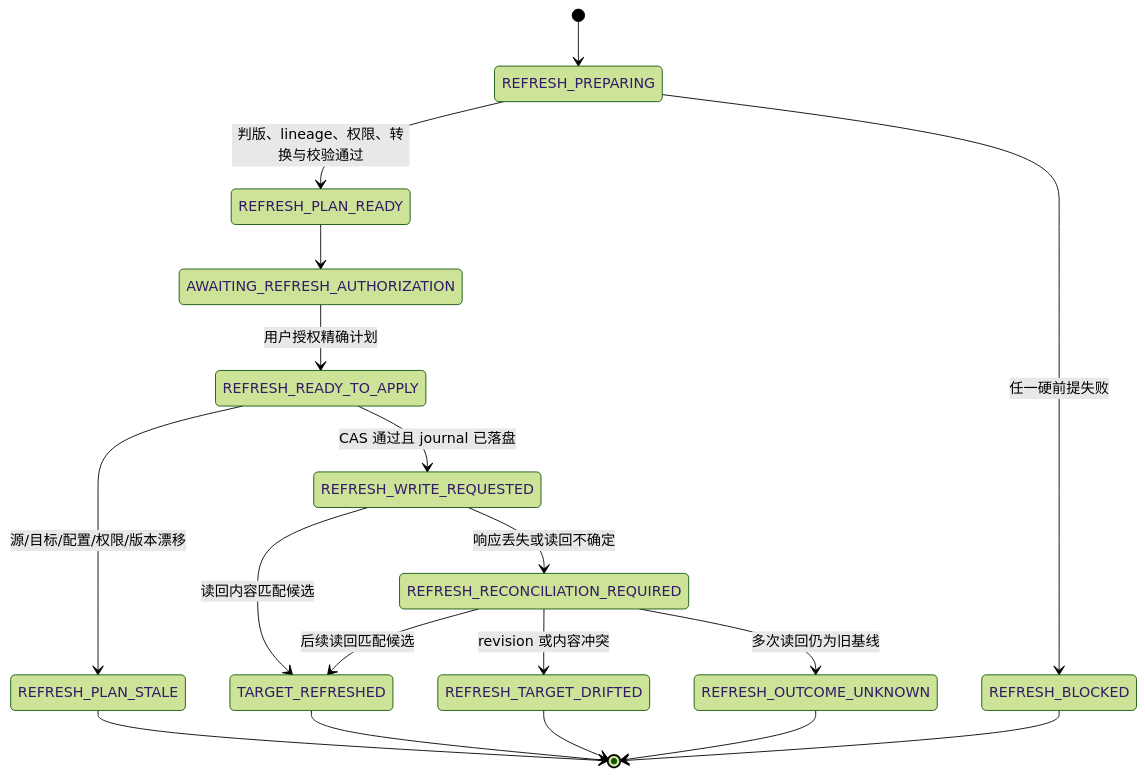
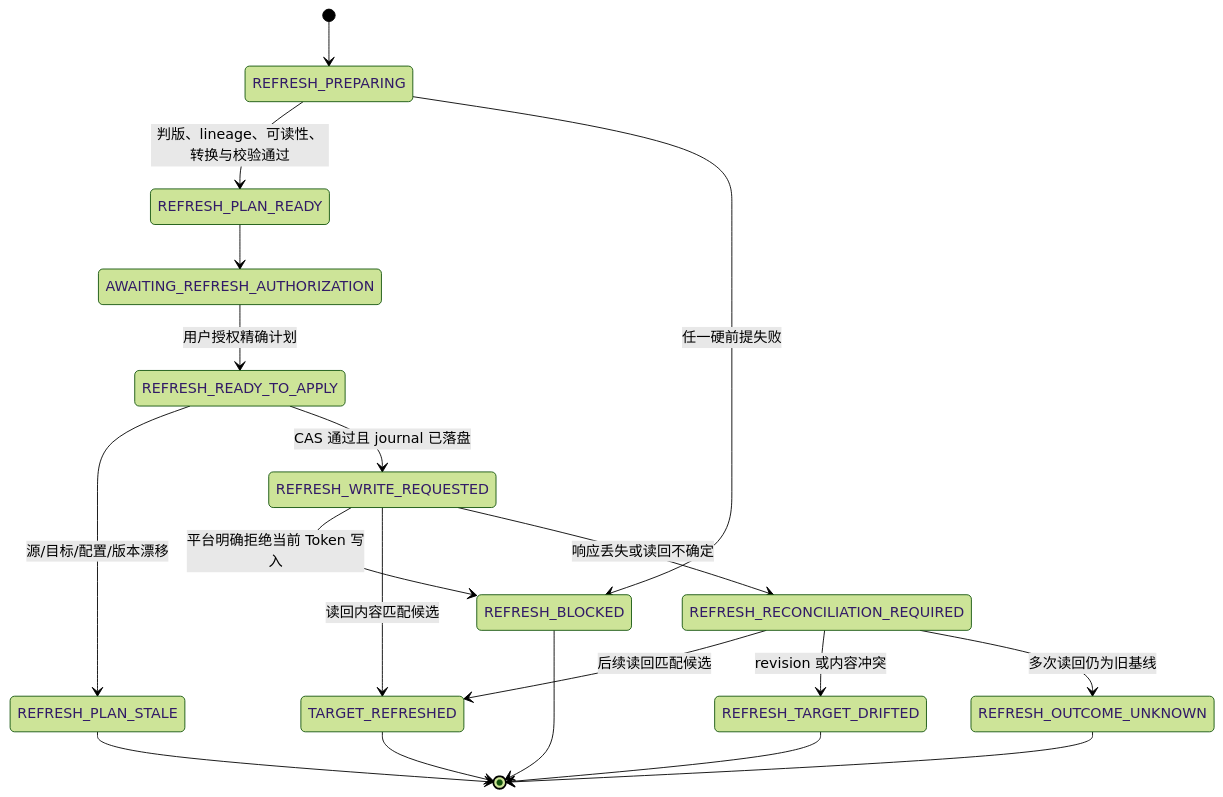
One commit to VisualLogic-VLCode/ivx-v4-v5-migration changed the fourth of 4 diagrams in docs/WORKFLOW-RUNTIME-VALIDATION-AND-REPAIR-DESIGN.md. Above: the diagram before and after it, drawn with Mermaid (forest theme). The commit also changed other lines of this file and 30 other files, not shown here.

````diff
--- a/docs/WORKFLOW-RUNTIME-VALIDATION-AND-REPAIR-DESIGN.md
+++ b/docs/WORKFLOW-RUNTIME-VALIDATION-AND-REPAIR-DESIGN.md
@@ -1085,20 +1085,21 @@
 ```mermaid
 stateDiagram-v2
     [*] --> REFRESH_PREPARING
-    REFRESH_PREPARING --> REFRESH_PLAN_READY: 判版、lineage、权限、转换与校验通过
+    REFRESH_PREPARING --> REFRESH_PLAN_READY: 判版、lineage、可读性、转换与校验通过
     REFRESH_PREPARING --> REFRESH_BLOCKED: 任一硬前提失败
     REFRESH_PLAN_READY --> AWAITING_REFRESH_AUTHORIZATION
     AWAITING_REFRESH_AUTHORIZATION --> REFRESH_READY_TO_APPLY: 用户授权精确计划
-    REFRESH_READY_TO_APPLY --> REFRESH_PLAN_STALE: 源/目标/配置/权限/版本漂移
+    REFRESH_READY_TO_APPLY --> REFRESH_PLAN_STALE: 源/目标/配置/版本漂移
     REFRESH_READY_TO_APPLY --> REFRESH_WRITE_REQUESTED: CAS 通过且 journal 已落盘
+    REFRESH_WRITE_REQUESTED --> REFRESH_BLOCKED: 平台明确拒绝当前 Token 写入
     REFRESH_WRITE_REQUESTED --> TARGET_REFRESHED: 读回内容匹配候选
     REFRESH_WRITE_REQUESTED --> REFRESH_RECONCILIATION_REQUIRED: 响应丢失或读回不确定
     REFRESH_RECONCILIATION_REQUIRED --> TARGET_REFRESHED: 后续读回匹配候选
     REFRESH_RECONCILIATION_REQUIRED --> REFRESH_TARGET_DRIFTED: revision 或内容冲突
     REFRESH_RECONCILIATION_REQUIRED --> REFRESH_OUTCOME_UNKNOWN: 多次读回仍为旧基线
     TARGET_REFRESHED --> [*]
     REFRESH_BLOCKED --> [*]
     REFRESH_PLAN_STALE --> [*]
     REFRESH_TARGET_DRIFTED --> [*]
     REFRESH_OUTCOME_UNKNOWN --> [*]
 ```
````
